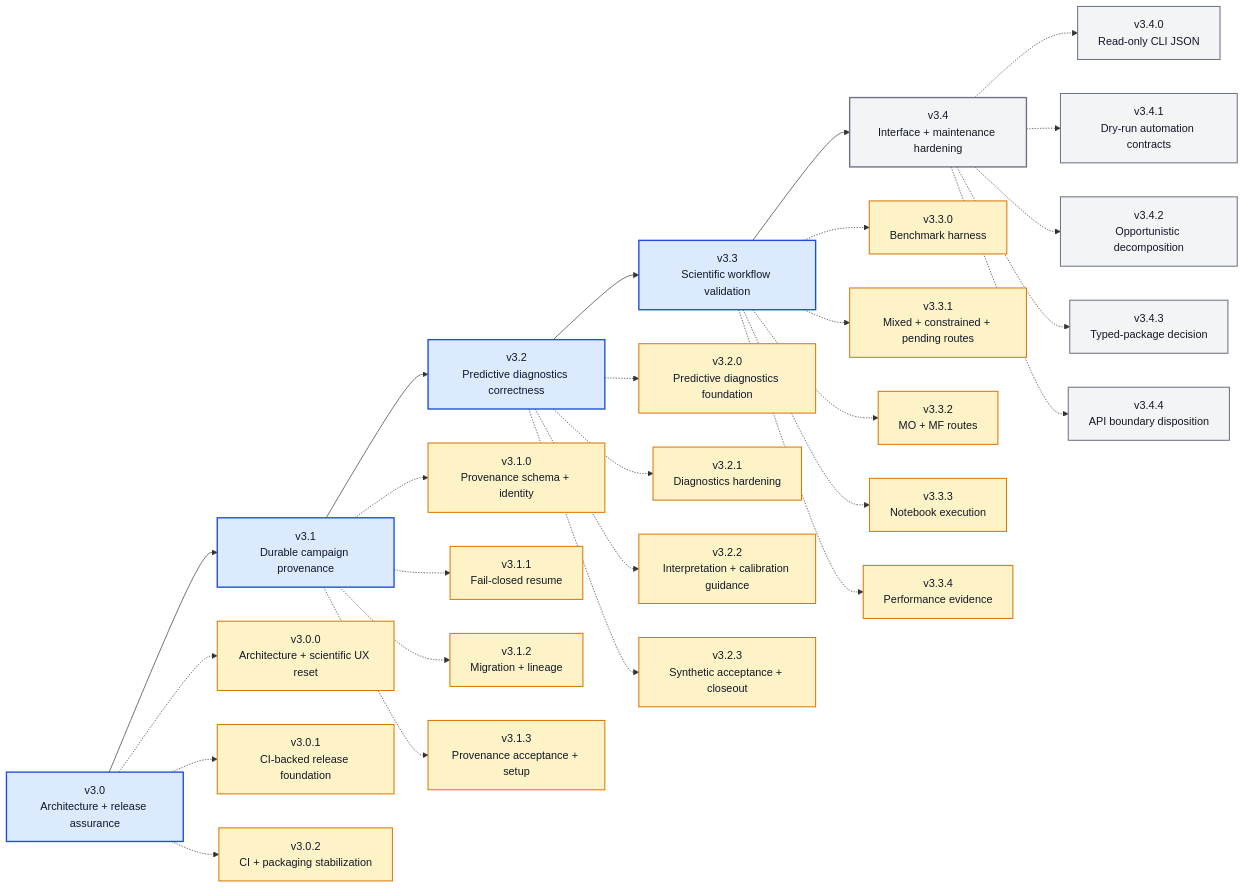
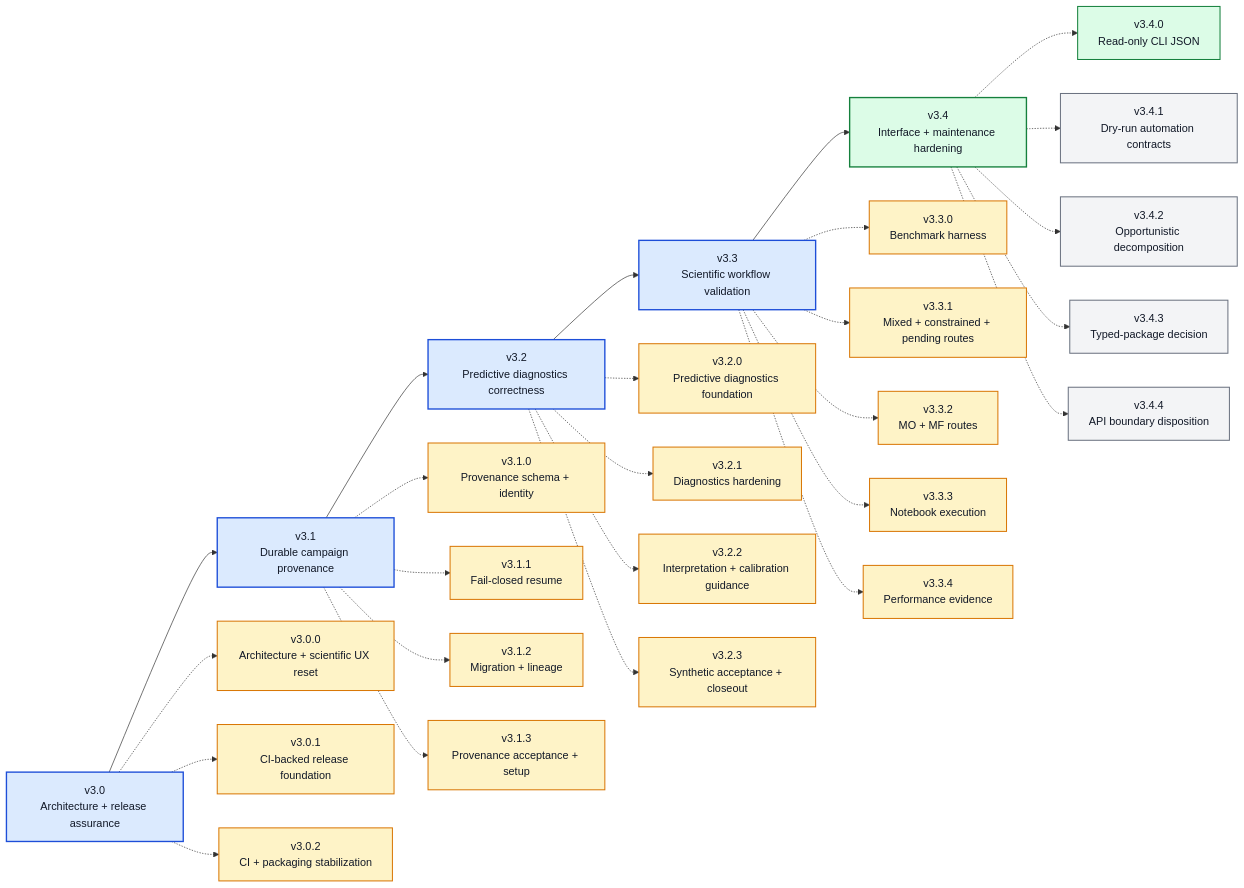
Before and after one commit to angzeli/bo-forge: the diagram in ROADMAP_V3_X.md, drawn with Mermaid. The commit also changed other lines of this file and 31 other files, not shown here.

````diff
--- a/ROADMAP_V3_X.md
+++ b/ROADMAP_V3_X.md
@@ -32,65 +34,66 @@
 ```mermaid
 flowchart LR
     v30["v3.0<br/>Architecture + release assurance"] --> v31["v3.1<br/>Durable campaign provenance"] --> v32["v3.2<br/>Predictive diagnostics correctness"] --> v33["v3.3<br/>Scientific workflow validation"] --> v34["v3.4<br/>Interface + maintenance hardening"]
 
     v300["v3.0.0<br/>Architecture + scientific UX reset"]
     v301["v3.0.1<br/>CI-backed release foundation"]
     v302["v3.0.2<br/>CI + packaging stabilization"]
     v310["v3.1.0<br/>Provenance schema + identity"]
     v311["v3.1.1<br/>Fail-closed resume"]
     v312["v3.1.2<br/>Migration + lineage"]
     v313["v3.1.3<br/>Provenance acceptance + setup"]
     v320["v3.2.0<br/>Predictive diagnostics foundation"]
     v321["v3.2.1<br/>Diagnostics hardening"]
     v322["v3.2.2<br/>Interpretation + calibration guidance"]
     v323["v3.2.3<br/>Synthetic acceptance + closeout"]
     v330["v3.3.0<br/>Benchmark harness"]
     v331["v3.3.1<br/>Mixed + constrained + pending routes"]
     v332["v3.3.2<br/>MO + MF routes"]
     v333["v3.3.3<br/>Notebook execution"]
     v334["v3.3.4<br/>Performance evidence"]
     v340["v3.4.0<br/>Read-only CLI JSON"]
     v341["v3.4.1<br/>Dry-run automation contracts"]
     v342["v3.4.2<br/>Opportunistic decomposition"]
     v343["v3.4.3<br/>Typed-package decision"]
     v344["v3.4.4<br/>API boundary disposition"]
 
     v30 -.-> v300
     v30 -.-> v301
     v30 -.-> v302
     v31 -.-> v310
     v31 -.-> v311
     v31 -.-> v312
     v31 -.-> v313
     v32 -.-> v320
     v32 -.-> v321
     v32 -.-> v322
     v32 -.-> v323
     v33 -.-> v330
     v33 -.-> v331
     v33 -.-> v332
     v33 -.-> v333
     v33 -.-> v334
     v34 -.-> v340
     v34 -.-> v341
     v34 -.-> v342
     v34 -.-> v343
     v34 -.-> v344
 
     class v30,v31,v32 majorDone
     class v33 majorDone
-    class v34 majorFuture
+    class v34 majorActive
     class v300,v301,v302 patchDone
     class v310,v311,v312,v313 patchDone
     class v320,v321,v322,v323 patchDone
     class v330,v331,v332,v333 patchDone
     class v334 patchDone
-    class v340,v341,v342,v343,v344 patchFuture
+    class v340 patchActive
+    class v341,v342,v343,v344 patchFuture
 
     classDef majorDone fill:#dbeafe,stroke:#1d4ed8,stroke-width:2px,color:#111827;
     classDef majorActive fill:#dcfce7,stroke:#15803d,stroke-width:2px,color:#111827;
     classDef majorFuture fill:#f3f4f6,stroke:#6b7280,stroke-width:2px,color:#111827;
     classDef patchDone fill:#fef3c7,stroke:#d97706,stroke-width:1.5px,color:#111827;
     classDef patchActive fill:#dcfce7,stroke:#15803d,stroke-width:1.5px,color:#111827;
     classDef patchFuture fill:#f3f4f6,stroke:#6b7280,stroke-width:1.5px,color:#111827;
 ```
````
